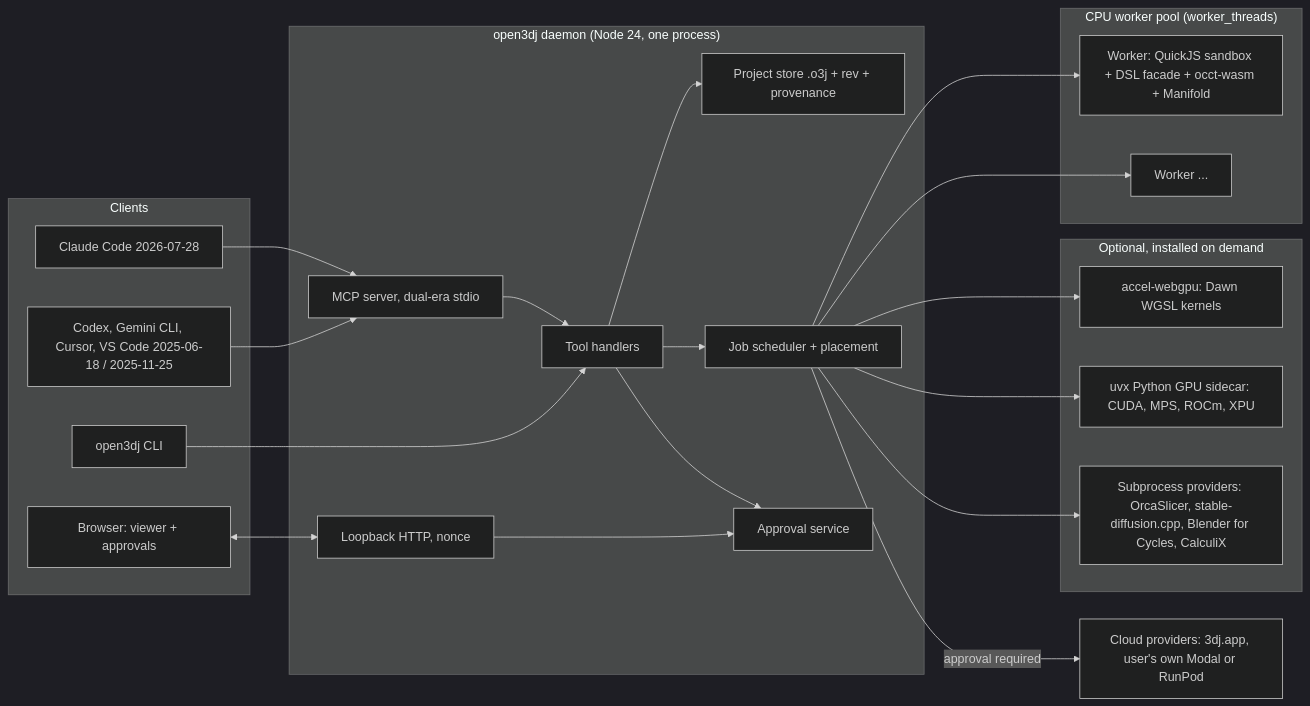
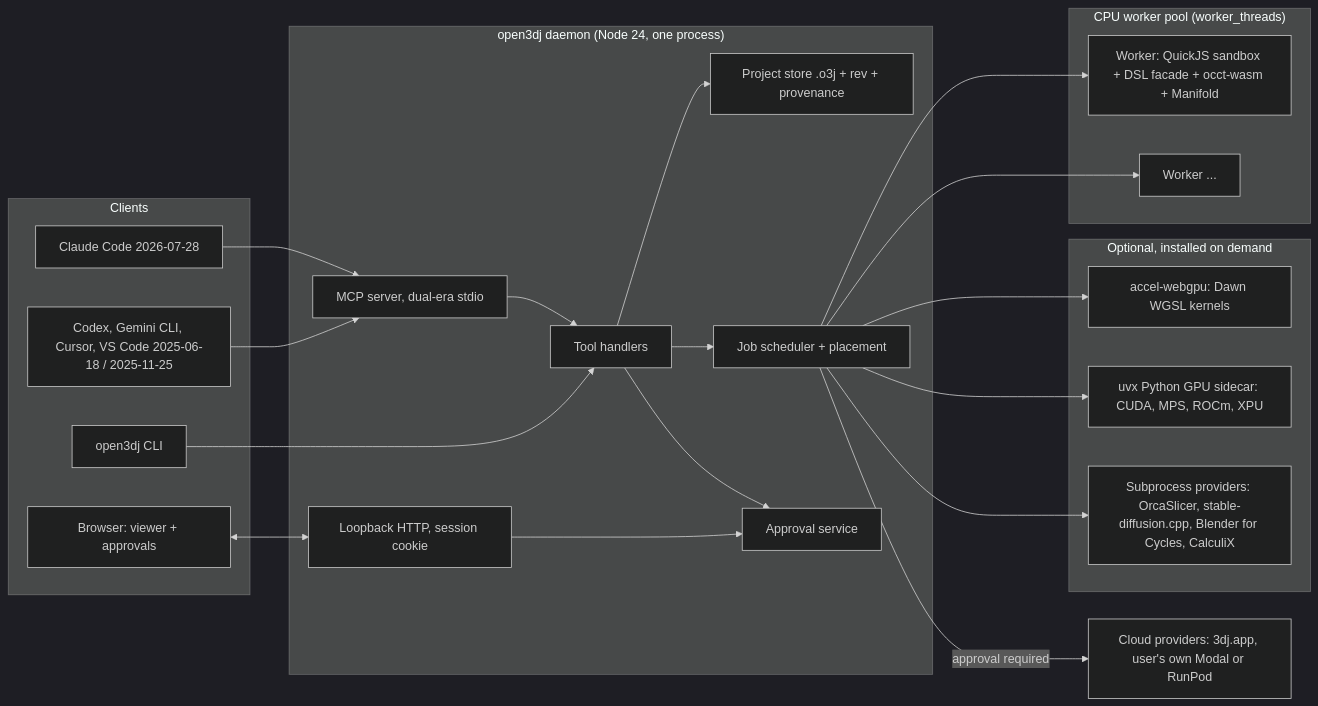
The diagram in docs/ARCHITECTURE.md (NeuralDEEPnet/Open3DJ), drawn with Mermaid (dark theme) before and after one commit. The commit also changed other lines of this file and 4 other files, not shown here.

First line of the commit message:
Describe the page's session cookie where docs still say nonce

````diff
--- a/docs/ARCHITECTURE.md
+++ b/docs/ARCHITECTURE.md
@@ -30,42 +30,42 @@
 ```mermaid
 flowchart LR
   subgraph Clients
     CC[Claude Code 2026-07-28]
     LG[Codex, Gemini CLI, Cursor, VS Code 2025-06-18 / 2025-11-25]
     CLI[open3dj CLI]
     UI[Browser: viewer + approvals]
   end
   subgraph Daemon["open3dj daemon (Node 24, one process)"]
     MCP[MCP server, dual-era stdio]
     H[Tool handlers]
     PRJ[Project store .o3j + rev + provenance]
     APR[Approval service]
     SCH[Job scheduler + placement]
-    WEB[Loopback HTTP, nonce]
+    WEB[Loopback HTTP, session cookie]
   end
   subgraph CPUPool["CPU worker pool (worker_threads)"]
     W1[Worker: QuickJS sandbox + DSL facade + occt-wasm + Manifold]
     W2[Worker ...]
   end
   subgraph Optional["Optional, installed on demand"]
     GPU[accel-webgpu: Dawn WGSL kernels]
     PY[uvx Python GPU sidecar: CUDA, MPS, ROCm, XPU]
     SUB[Subprocess providers: OrcaSlicer, stable-diffusion.cpp, Blender for Cycles, CalculiX]
   end
   CLOUD[Cloud providers: 3dj.app, user's own Modal or RunPod]
   CC --> MCP
   LG --> MCP
   CLI --> H
   MCP --> H
   UI <--> WEB
   WEB --> APR
   H --> PRJ
   H --> SCH
   H --> APR
   SCH --> W1
   SCH --> W2
   SCH --> GPU
   SCH --> PY
   SCH --> SUB
   SCH -->|approval required| CLOUD
 ```
````
